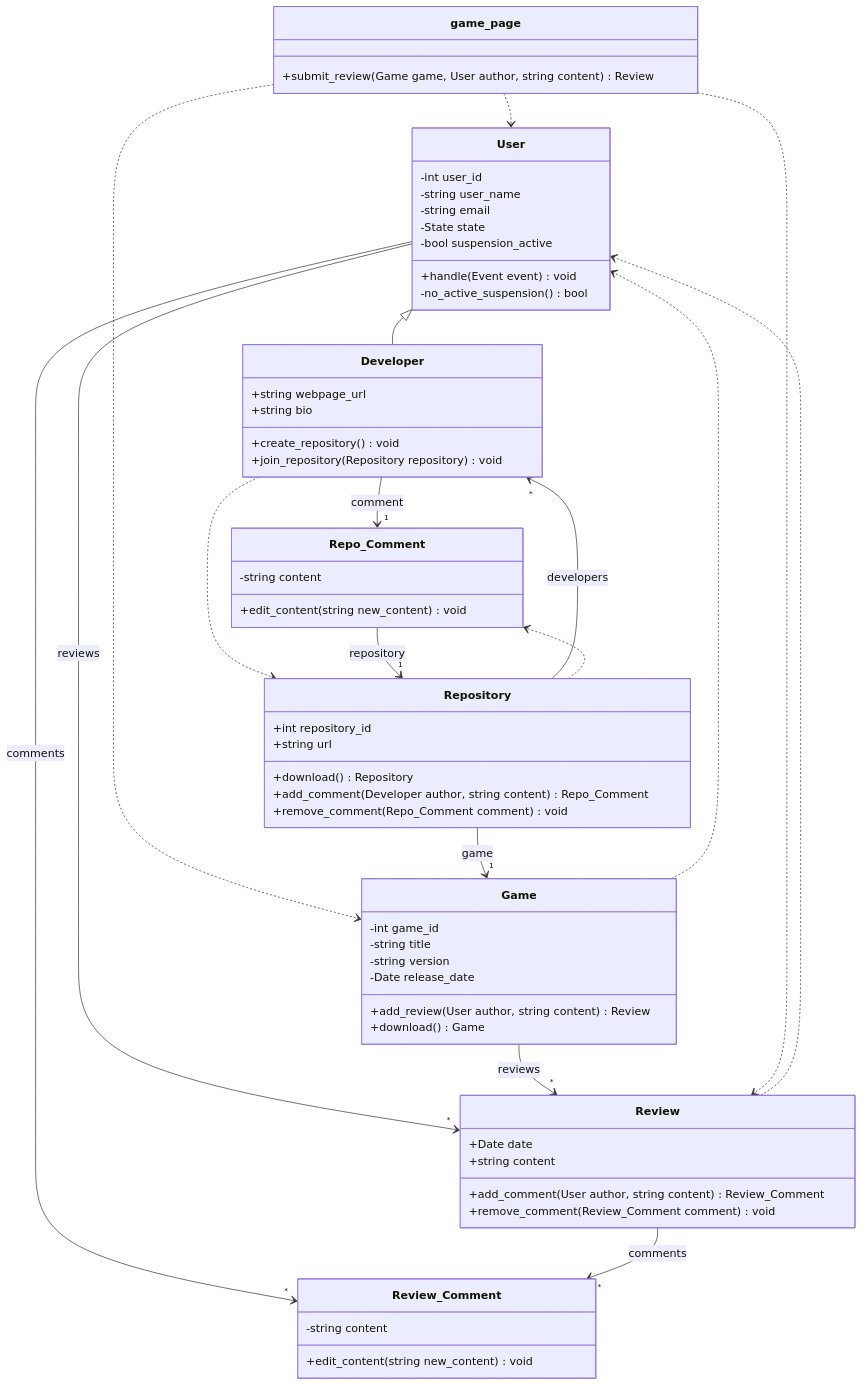
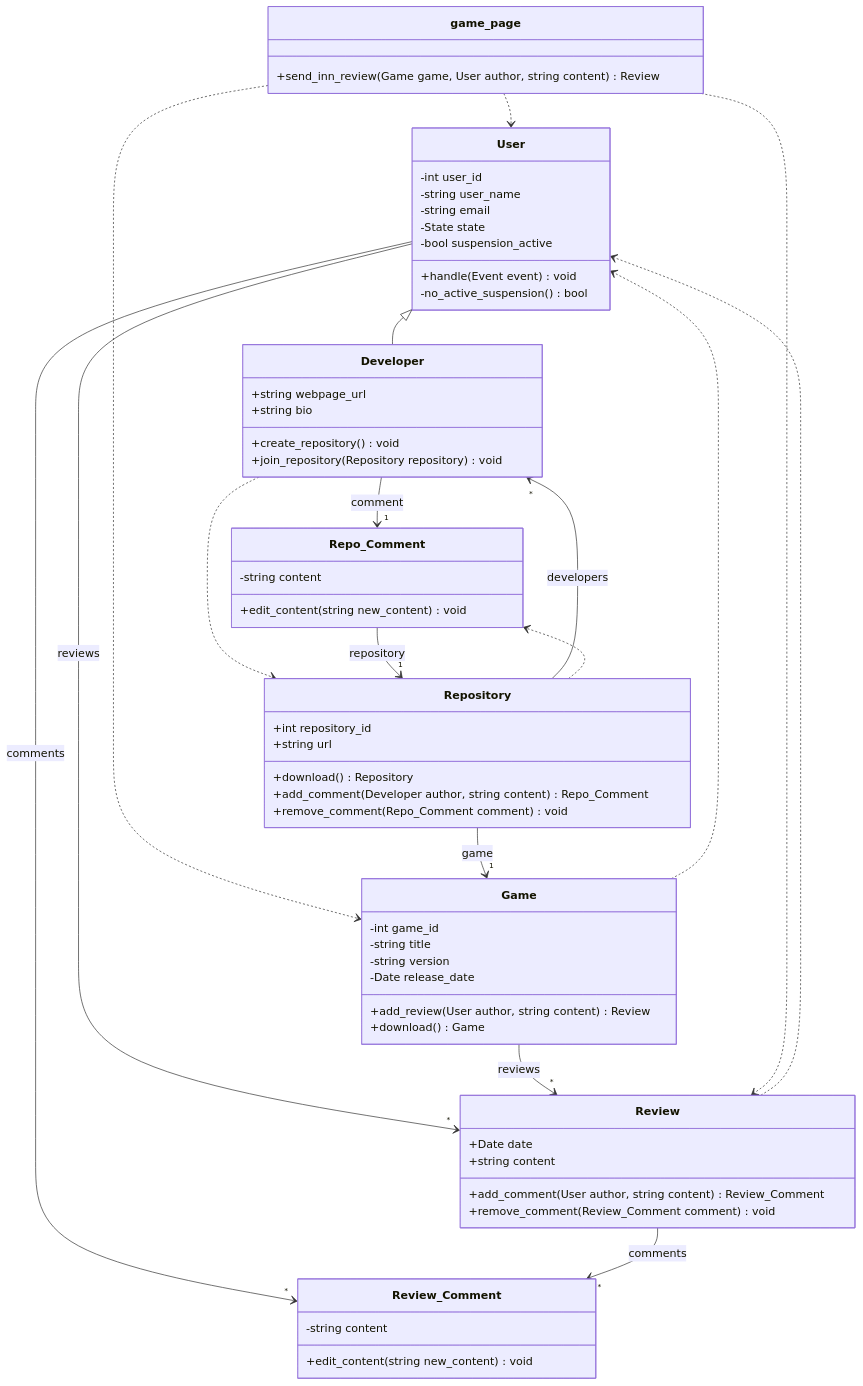
One commit to Hoglar/specDrivenDev changed the diagram in project/diagrams/output/class-implemented.mmd. Above: the diagram before and after it, drawn with Mermaid. The commit also changed 15 other files, not shown here.

```diff
--- a/project/diagrams/output/class-implemented.mmd
+++ b/project/diagrams/output/class-implemented.mmd
@@ -1,76 +1,76 @@
 %% GENERATED by tools/verify.py -- do not edit; edit impl/include instead.
 %% The design as implemented: what the compiler sees. No AI produced this file.
 classDiagram
     direction TB
 
     class User {
         -int user_id
         -string user_name
         -string email
         -State state
         -bool suspension_active
         +handle(Event event) void
         -no_active_suspension() bool
     }
 
     class Developer {
         +string webpage_url
         +string bio
         +create_repository() void
         +join_repository(Repository repository) void
     }
 
     class Game {
         -int game_id
         -string title
         -string version
         -Date release_date
         +add_review(User author, string content) Review
         +download() Game
     }
 
     class game_page {
-        +submit_review(Game game, User author, string content) Review
+        +send_inn_review(Game game, User author, string content) Review
     }
 
     class Repo_Comment {
         -string content
         +edit_content(string new_content) void
     }
 
     class Repository {
         +int repository_id
         +string url
         +download() Repository
         +add_comment(Developer author, string content) Repo_Comment
         +remove_comment(Repo_Comment comment) void
     }
 
     class Review {
         +Date date
         +string content
         +add_comment(User author, string content) Review_Comment
         +remove_comment(Review_Comment comment) void
     }
 
     class Review_Comment {
         -string content
         +edit_content(string new_content) void
     }
 
     User --> "*" Review : reviews
     User --> "*" Review_Comment : comments
     User <|-- Developer
     Developer --> "1" Repo_Comment : comment
     Developer ..> Repository
     Game --> "*" Review : reviews
     Game ..> User
     game_page ..> Game
     game_page ..> User
     game_page ..> Review
     Repo_Comment --> "1" Repository : repository
     Repository --> "*" Developer : developers
     Repository --> "1" Game : game
     Repository ..> Repo_Comment
     Review --> "*" Review_Comment : comments
     Review ..> User
```
